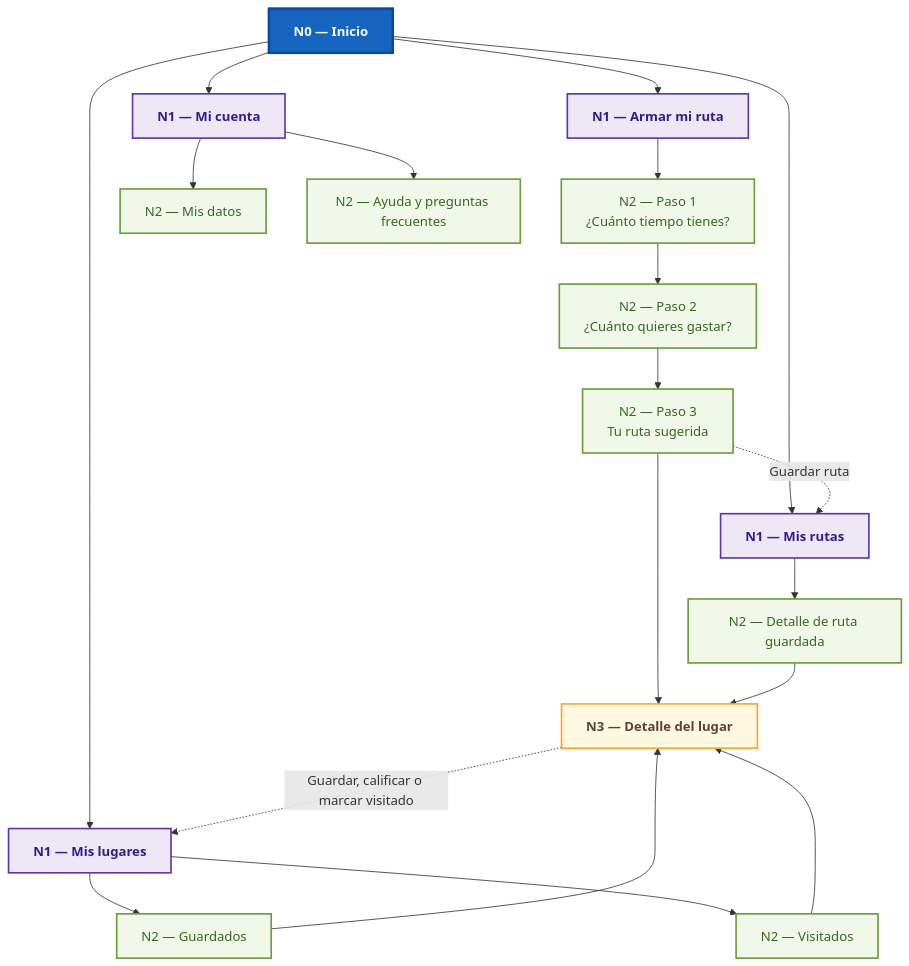
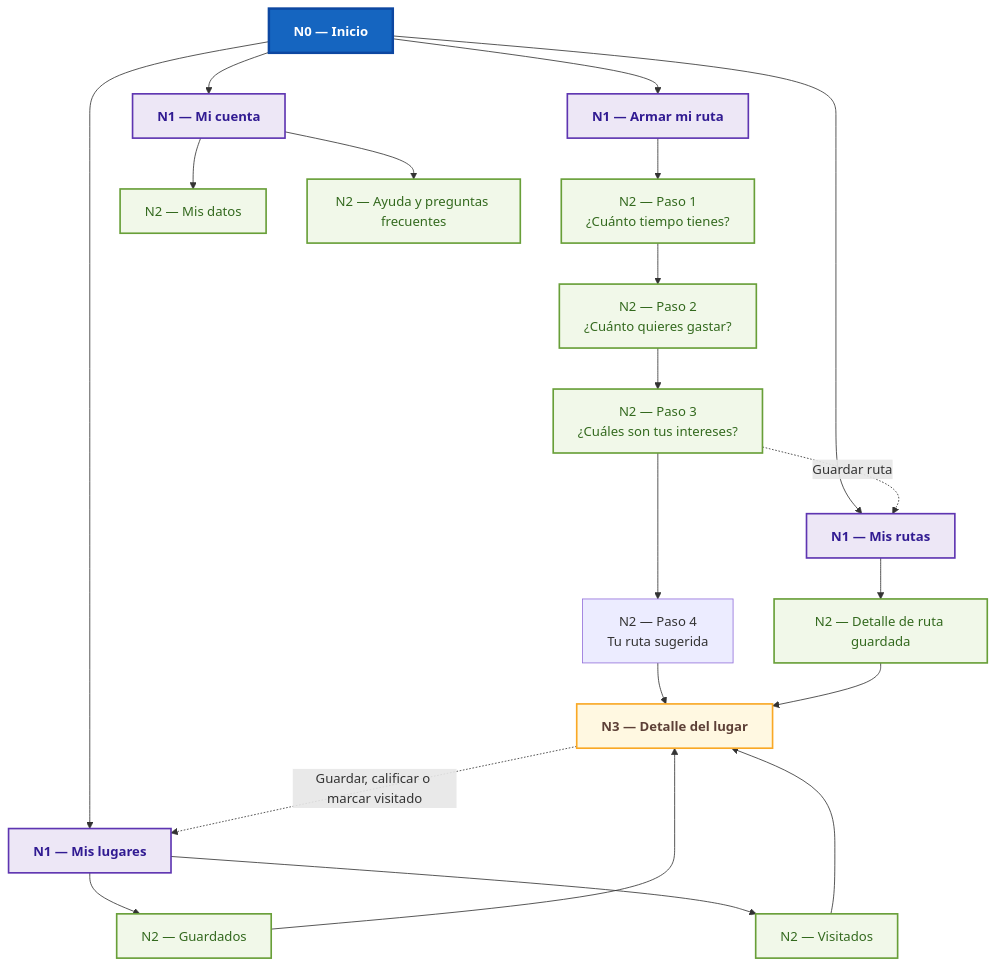
Before and after one commit to Sxnr/Santiago-Inteligente: the diagram in docs/hito-1/Arquitectura_Informacion.md, drawn with Mermaid.

````diff
--- a/docs/hito-1/Arquitectura_Informacion.md
+++ b/docs/hito-1/Arquitectura_Informacion.md
@@ -1,38 +1,39 @@
 ```mermaid
 flowchart TD
     INICIO["<b>N0 — Inicio</b>"]
 
     INICIO --> ARMAR["<b>N1 — Armar mi ruta</b>"]
     INICIO --> MISRUTAS["<b>N1 — Mis rutas</b>"]
     INICIO --> MISLUGARES["<b>N1 — Mis lugares</b>"]
     INICIO --> CUENTA["<b>N1 — Mi cuenta</b>"]
 
     ARMAR --> P1["N2 — Paso 1<br/>¿Cuánto tiempo tienes?"]
     P1 --> P2["N2 — Paso 2<br/>¿Cuánto quieres gastar?"]
-    P2 --> P3["N2 — Paso 3<br/>Tu ruta sugerida"]
-    P3 --> LUGAR["<b>N3 — Detalle del lugar</b>"]
+    P2 --> P3["N2 — Paso 3<br/>¿Cuáles son tus intereses?"]
+    P3 --> P4["N2 — Paso 4<br/>Tu ruta sugerida"]
+    P4 --> LUGAR["<b>N3 — Detalle del lugar</b>"]
 
     MISRUTAS --> RUTAGUARDADA["N2 — Detalle de ruta guardada"]
     RUTAGUARDADA --> LUGAR
 
     MISLUGARES --> GUARDADOS["N2 — Guardados"]
     MISLUGARES --> VISITADOS["N2 — Visitados"]
     GUARDADOS --> LUGAR
     VISITADOS --> LUGAR
 
     CUENTA --> DATOS["N2 — Mis datos"]
     CUENTA --> AYUDA["N2 — Ayuda y preguntas frecuentes"]
 
     P3 -. "Guardar ruta" .-> MISRUTAS
     LUGAR -. "Guardar, calificar o marcar visitado" .-> MISLUGARES
 
     classDef n0 fill:#1565c0,stroke:#0d47a1,stroke-width:3px,color:#ffffff
     classDef n1 fill:#ede7f6,stroke:#5e35b1,stroke-width:2px,color:#311b92
     classDef n2 fill:#f1f8e9,stroke:#689f38,stroke-width:2px,color:#33691e
     classDef n3 fill:#fff8e1,stroke:#f9a825,stroke-width:2px,color:#5d4037
 
     class INICIO n0
     class ARMAR,MISRUTAS,MISLUGARES,CUENTA n1
     class P1,P2,P3,RUTAGUARDADA,GUARDADOS,VISITADOS,DATOS,AYUDA n2
     class LUGAR n3
 ```
````
